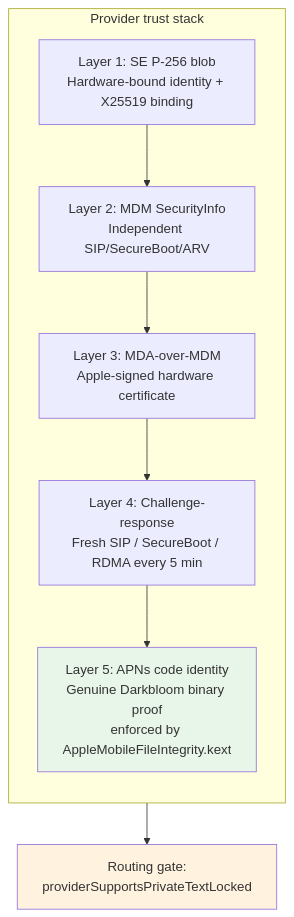
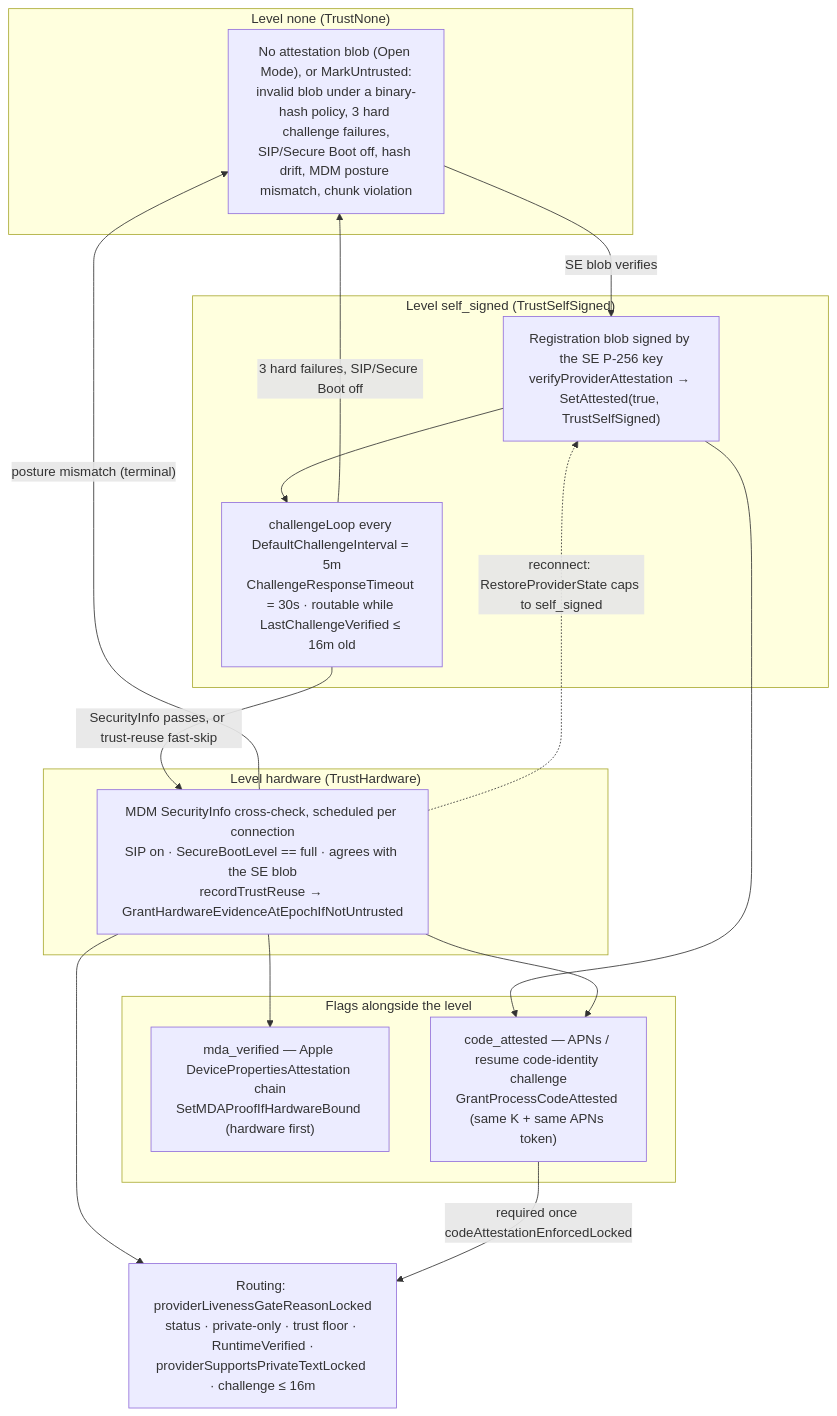
The diagram in docs/assets/diagrams/attestation-layers.mmd (Layr-Labs/d-inference), drawn with Mermaid before and after one commit. The commit also changed 182 other files, not shown here.

First line of the commit message:
docs: documentation overhaul — every page re-verified against code, Diátaxis tree, freshness stamps, docs-check lint (#824)

```diff
--- a/docs/assets/diagrams/attestation-layers.mmd
+++ b/docs/assets/diagrams/attestation-layers.mmd
@@ -1,20 +1,32 @@
+%% Provider trust stack as built at c5c404fca. Source of truth for attestation-layers.svg;
+%% re-render after editing: mmdc -i attestation-layers.mmd -o attestation-layers.svg
+%% MDA and code identity are flags carried alongside the level, not levels themselves.
+%% Symbols: coordinator/registry/registry.go, coordinator/api/provider.go,
+%% coordinator/api/trust_reuse.go, coordinator/registry/routing_eligibility.go.
 flowchart TB
-    subgraph layers["Provider trust stack"]
-        direction TB
-        L5["Layer 5: APNs code identity<br/>Genuine Darkbloom binary proof<br/>enforced by AppleMobileFileIntegrity.kext"]
-        L4["Layer 4: Challenge-response<br/>Fresh SIP / SecureBoot / RDMA every 5 min"]
-        L3["Layer 3: MDA-over-MDM<br/>Apple-signed hardware certificate"]
-        L2["Layer 2: MDM SecurityInfo<br/>Independent SIP/SecureBoot/ARV"]
-        L1["Layer 1: SE P-256 blob<br/>Hardware-bound identity + X25519 binding"]
+    subgraph L0["Level none (TrustNone)"]
+        A0["No attestation blob (Open Mode), or MarkUntrusted:<br/>invalid blob under a binary-hash policy, 3 hard challenge failures,<br/>SIP/Secure Boot off, hash drift, MDM posture mismatch, chunk violation"]
     end
-
-    L1 --> L2
-    L2 --> L3
-    L3 --> L4
-    L4 --> L5
-
-    Gate["Routing gate:<br/>providerSupportsPrivateTextLocked"]
-    L5 --> Gate
-
-    style L5 fill:#e8f5e9
-    style Gate fill:#fff3e0
+    subgraph L1["Level self_signed (TrustSelfSigned)"]
+        A1["Registration blob signed by the SE P-256 key<br/>verifyProviderAttestation → SetAttested(true, TrustSelfSigned)"]
+        A2["challengeLoop every DefaultChallengeInterval = 5m<br/>ChallengeResponseTimeout = 30s · routable while LastChallengeVerified ≤ 16m old"]
+    end
+    subgraph L2["Level hardware (TrustHardware)"]
+        A3["MDM SecurityInfo cross-check, scheduled per connection<br/>SIP on · SecureBootLevel == full · agrees with the SE blob<br/>recordTrustReuse → GrantHardwareEvidenceAtEpochIfNotUntrusted"]
+    end
+    subgraph F["Flags alongside the level"]
+        B1["mda_verified — Apple DevicePropertiesAttestation chain<br/>SetMDAProofIfHardwareBound (hardware first)"]
+        B2["code_attested — APNs / resume code-identity challenge<br/>GrantProcessCodeAttested (same K + same APNs token)"]
+    end
+    A0 -->|"SE blob verifies"| A1
+    A1 --> A2
+    A2 -->|"SecurityInfo passes, or trust-reuse fast-skip"| A3
+    A3 --> B1
+    A1 --> B2
+    A3 --> B2
+    A2 -->|"3 hard failures, SIP/Secure Boot off"| A0
+    A3 -->|"posture mismatch (terminal)"| A0
+    A3 -.->|"reconnect: RestoreProviderState caps to self_signed"| A1
+    G["Routing: providerLivenessGateReasonLocked<br/>status · private-only · trust floor · RuntimeVerified ·<br/>providerSupportsPrivateTextLocked · challenge ≤ 16m"]
+    A3 --> G
+    B2 -->|"required once codeAttestationEnforcedLocked"| G
```
